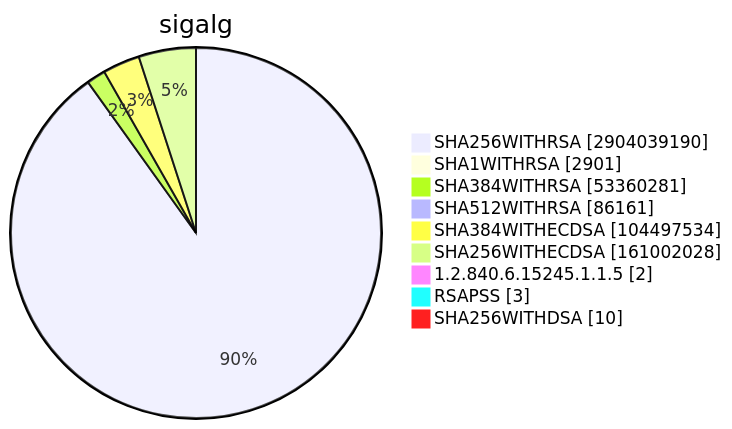
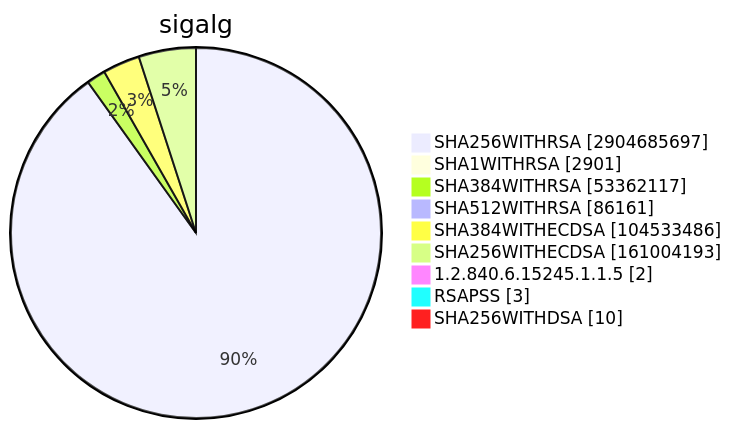
Before and after one commit to christiankrug/ctmonitor_visualization: diagram 15 of 15 in TOTAL/README.md, drawn with Mermaid. The commit also changed other lines of this file, not shown here.

````diff
--- a/TOTAL/README.md
+++ b/TOTAL/README.md
@@ -6207,13 +6207,13 @@
 ```mermaid
 pie showData
 title sigalg
-"SHA256WITHRSA" :2904039190
+"SHA256WITHRSA" :2904685697
 "SHA1WITHRSA" :2901
-"SHA384WITHRSA" :53360281
+"SHA384WITHRSA" :53362117
 "SHA512WITHRSA" :86161
-"SHA384WITHECDSA" :104497534
-"SHA256WITHECDSA" :161002028
+"SHA384WITHECDSA" :104533486
+"SHA256WITHECDSA" :161004193
 "1.2.840.6.15245.1.1.5" :2
 "RSAPSS" :3
 "SHA256WITHDSA" :10
 ```
````
